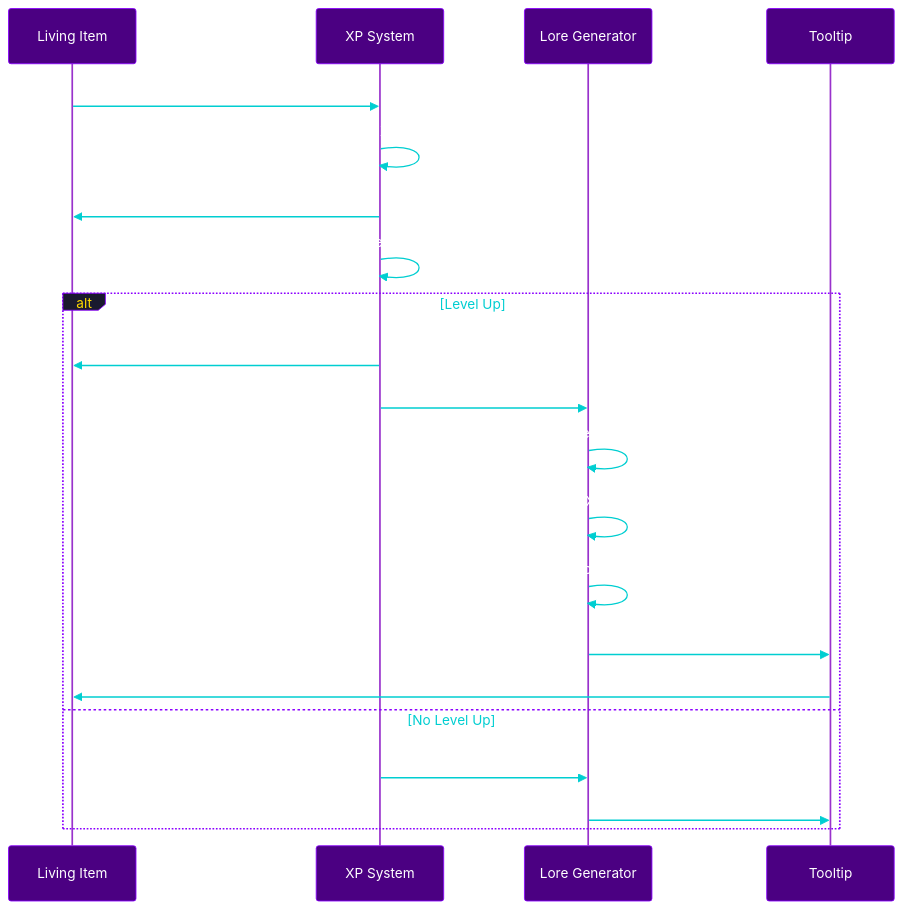
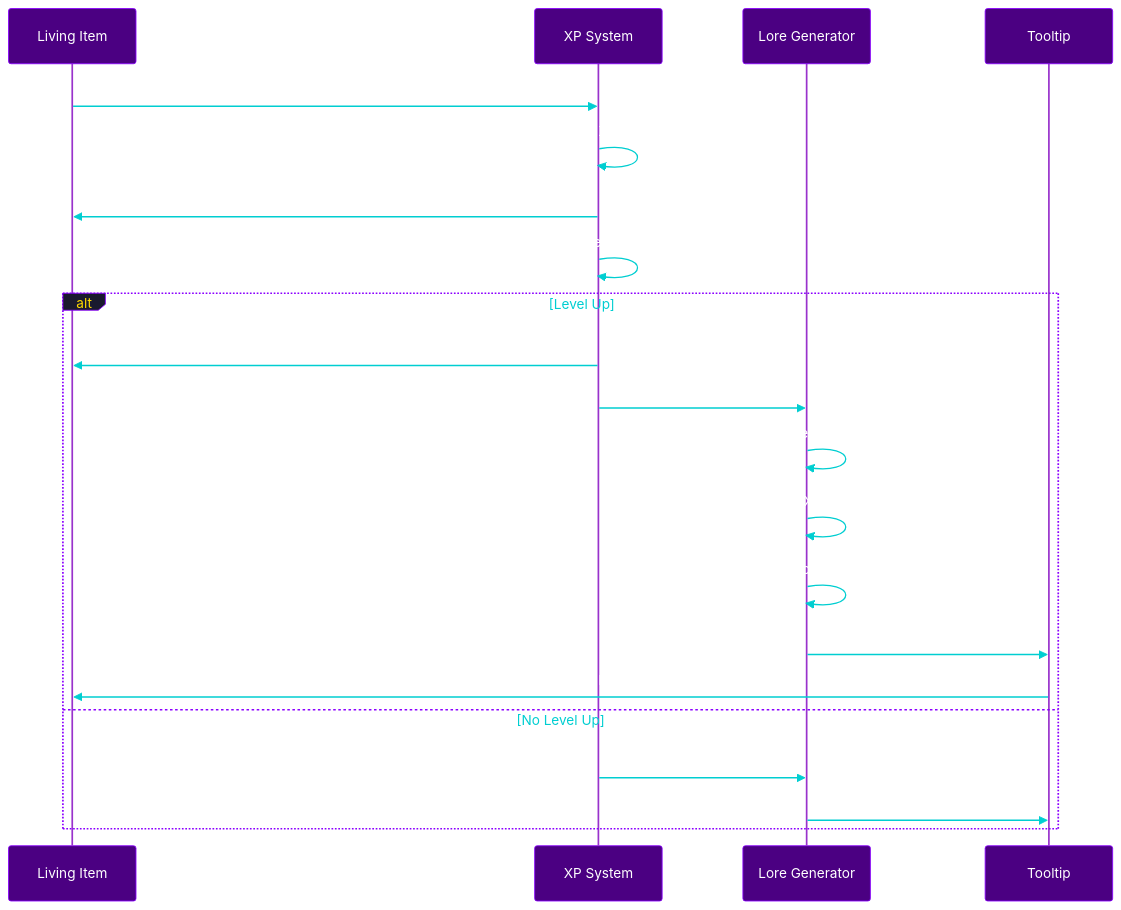
The eighth of 15 diagrams in docs/SOUL_EMBODIMENT_RITUAL_PLAN.md (Underwood-Inc/rituals), drawn with Mermaid before and after one commit. The commit also changed other lines of this file and 14 other files, not shown here.

````diff
--- a/docs/SOUL_EMBODIMENT_RITUAL_PLAN.md
+++ b/docs/SOUL_EMBODIMENT_RITUAL_PLAN.md
@@ -465,26 +465,26 @@
 ```mermaid
 %%{init: {'theme': 'base', 'themeVariables': { 'actorBkg': '#4B0082', 'actorBorder': '#8b00ff', 'actorTextColor': '#ffffff', 'actorLineColor': '#9932CC', 'signalColor': '#00CED1', 'signalTextColor': '#ffffff', 'labelBoxBkgColor': '#1a1a2e', 'labelBoxBorderColor': '#8b00ff', 'labelTextColor': '#FFD700', 'loopTextColor': '#00CED1', 'noteBkgColor': '#2F4F4F', 'noteTextColor': '#ffffff', 'noteBorderColor': '#00CED1', 'activationBkgColor': '#6a0dad', 'activationBorderColor': '#8b00ff', 'sequenceNumberColor': '#FFD700'}}}%%
 sequenceDiagram
     participant Item as Living Item
     participant System as XP System
     participant Lore as Lore Generator
     participant Display as Tooltip
     
-    Item->>System: Action performed (mining, attack, etc.)
+    Item->>System: Action performed (mining, killing, chopping, digging, harvesting, ranged)
     System->>System: Calculate XP gained
     System->>Item: Update custom_data.soul_xp
     System->>System: Check level threshold
     
     alt Level Up
         System->>Item: Update custom_data.soul_level
         System->>Lore: Generate new lore
         Lore->>Lore: Build level title
         Lore->>Lore: Build XP bar
         Lore->>Lore: Select personality quote
         Lore->>Display: Update item lore component
         Display->>Item: Apply updated lore
     else No Level Up
         System->>Lore: Update XP display only
         Lore->>Display: Refresh XP bar
     end
 ```
````
